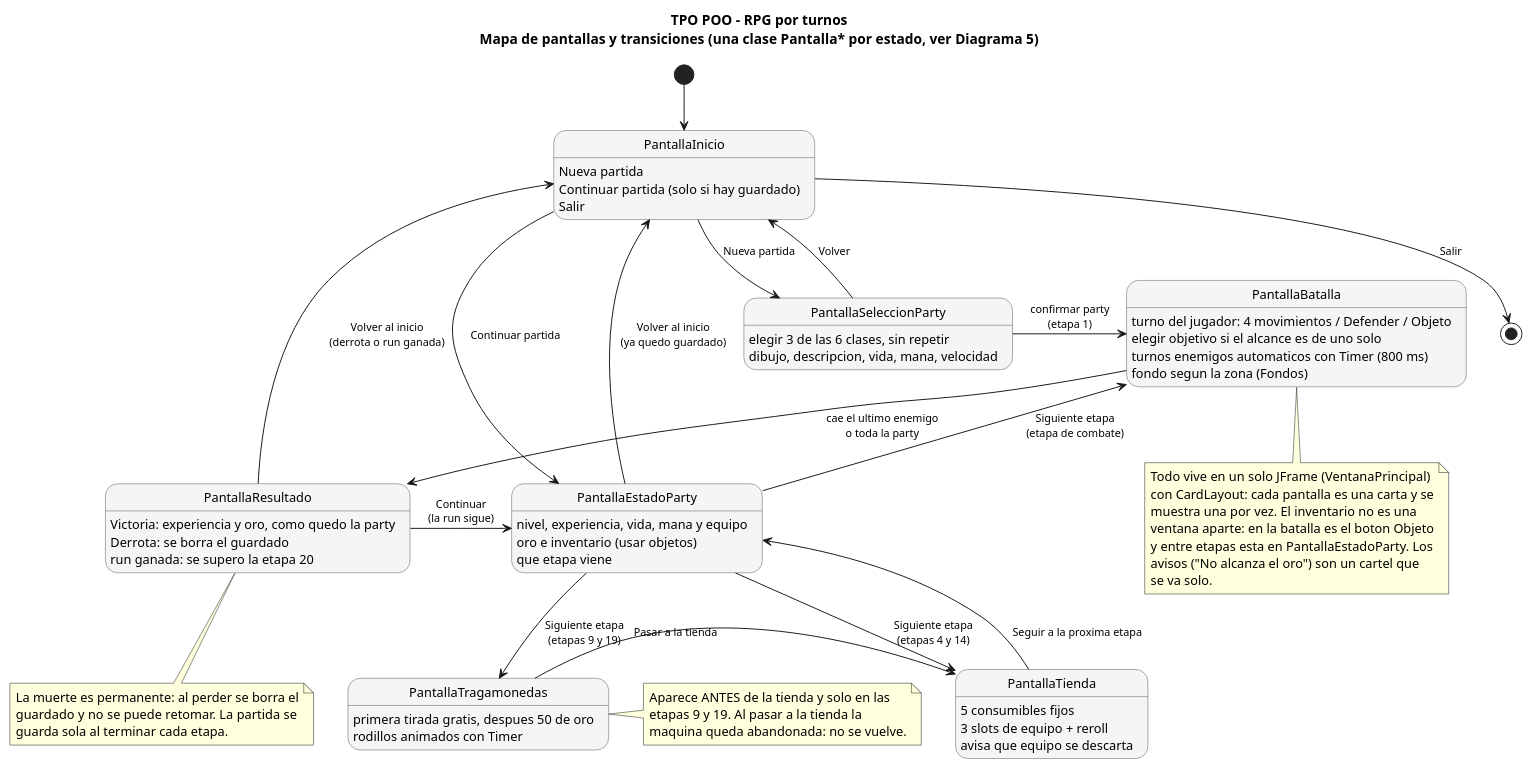
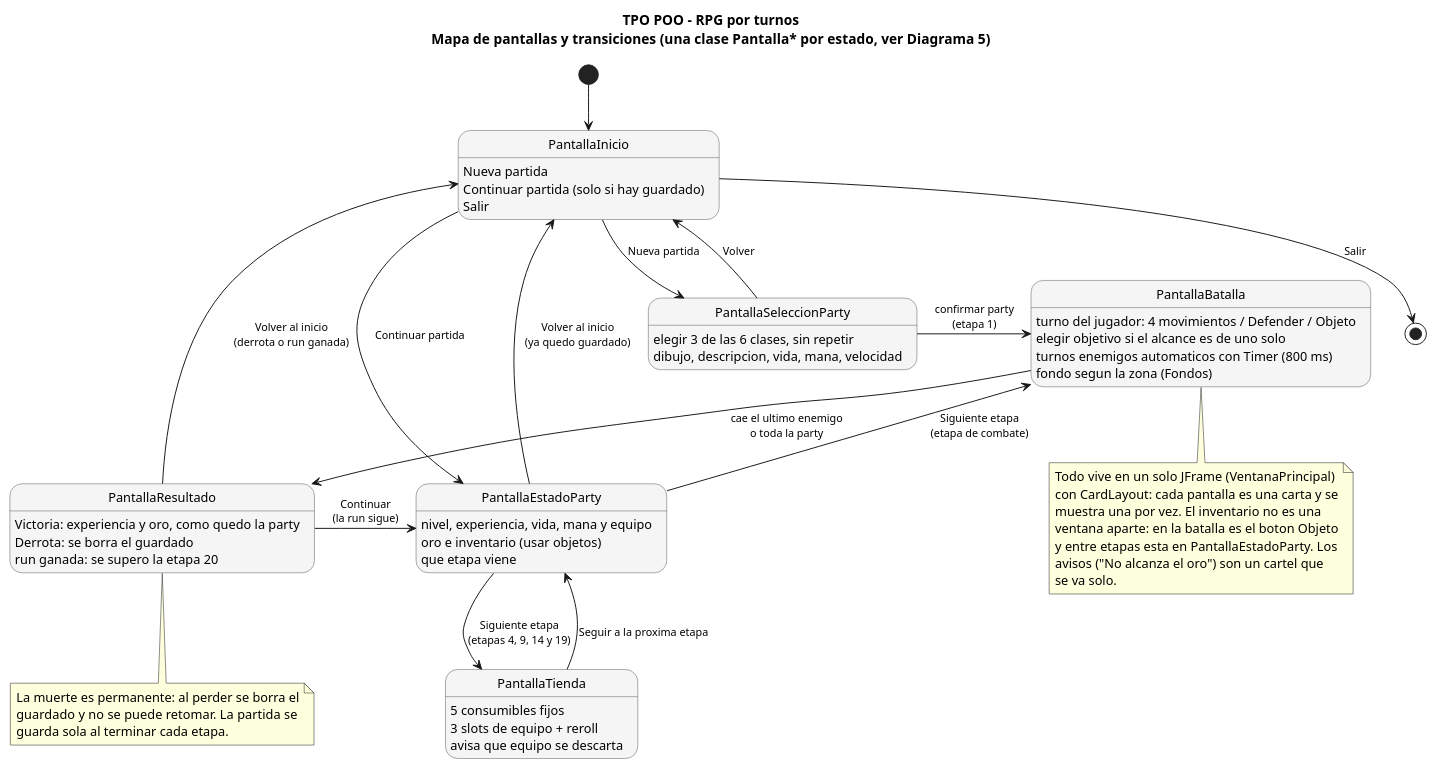
The diagram in diagramas/S3_mapa_de_pantallas.puml (lukitas-jpg/JuegoPOO), drawn with PlantUML before and after one commit. The commit also changed 46 other files, not shown here.

```diff
--- a/diagramas/S3_mapa_de_pantallas.puml
+++ b/diagramas/S3_mapa_de_pantallas.puml
@@ -1,98 +1,85 @@
 @startuml S3_mapa_de_pantallas
 title TPO POO - RPG por turnos\nMapa de pantallas y transiciones (una clase Pantalla* por estado, ver Diagrama 5)
 
 skinparam state {
   BackgroundColor #f5f5f5
   BorderColor #555555
   FontSize 13
 }
 skinparam ArrowFontSize 11
 skinparam nodesep 35
 skinparam ranksep 45
 
 [*] -down-> PantallaInicio
 
 state PantallaInicio {
   PantallaInicio : Nueva partida
   PantallaInicio : Continuar partida (solo si hay guardado)
   PantallaInicio : Salir
 }
 
 state PantallaSeleccionParty {
   PantallaSeleccionParty : elegir 3 de las 6 clases, sin repetir
   PantallaSeleccionParty : dibujo, descripcion, vida, mana, velocidad
 }
 
 state PantallaBatalla {
   PantallaBatalla : turno del jugador: 4 movimientos / Defender / Objeto
   PantallaBatalla : elegir objetivo si el alcance es de uno solo
   PantallaBatalla : turnos enemigos automaticos con Timer (800 ms)
   PantallaBatalla : fondo segun la zona (Fondos)
 }
 
 state PantallaResultado {
   PantallaResultado : Victoria: experiencia y oro, como quedo la party
   PantallaResultado : Derrota: se borra el guardado
   PantallaResultado : run ganada: se supero la etapa 20
 }
 
 state PantallaEstadoParty {
   PantallaEstadoParty : nivel, experiencia, vida, mana y equipo
   PantallaEstadoParty : oro e inventario (usar objetos)
   PantallaEstadoParty : que etapa viene
 }
 
-state PantallaTragamonedas {
-  PantallaTragamonedas : primera tirada gratis, despues 50 de oro
-  PantallaTragamonedas : rodillos animados con Timer
-}
-
 state PantallaTienda {
   PantallaTienda : 5 consumibles fijos
   PantallaTienda : 3 slots de equipo + reroll
   PantallaTienda : avisa que equipo se descarta
 }
 
 PantallaInicio -down-> PantallaSeleccionParty : Nueva partida
 PantallaInicio -right-> PantallaEstadoParty : Continuar partida
 PantallaInicio -down-> [*] : Salir
 
 PantallaSeleccionParty -right-> PantallaBatalla : confirmar party\n(etapa 1)
 PantallaSeleccionParty -up-> PantallaInicio : Volver
 
 PantallaBatalla -down-> PantallaResultado : cae el ultimo enemigo\no toda la party
 
 PantallaResultado -right-> PantallaEstadoParty : Continuar\n(la run sigue)
 PantallaResultado -up-> PantallaInicio : Volver al inicio\n(derrota o run ganada)
 
 PantallaEstadoParty -up-> PantallaBatalla : Siguiente etapa\n(etapa de combate)
-PantallaEstadoParty -down-> PantallaTienda : Siguiente etapa\n(etapas 4 y 14)
-PantallaEstadoParty -down-> PantallaTragamonedas : Siguiente etapa\n(etapas 9 y 19)
+PantallaEstadoParty -down-> PantallaTienda : Siguiente etapa\n(etapas 4, 9, 14 y 19)
 PantallaEstadoParty -up-> PantallaInicio : Volver al inicio\n(ya quedo guardado)
 
-PantallaTragamonedas -right-> PantallaTienda : Pasar a la tienda
 PantallaTienda -up-> PantallaEstadoParty : Seguir a la proxima etapa
-
-note right of PantallaTragamonedas
-  Aparece ANTES de la tienda y solo en las
-  etapas 9 y 19. Al pasar a la tienda la
-  maquina queda abandonada: no se vuelve.
-end note
 
 note bottom of PantallaBatalla
   Todo vive en un solo JFrame (VentanaPrincipal)
   con CardLayout: cada pantalla es una carta y se
   muestra una por vez. El inventario no es una
   ventana aparte: en la batalla es el boton Objeto
   y entre etapas esta en PantallaEstadoParty. Los
   avisos ("No alcanza el oro") son un cartel que
   se va solo.
 end note
 
 note bottom of PantallaResultado
   La muerte es permanente: al perder se borra el
   guardado y no se puede retomar. La partida se
   guarda sola al terminar cada etapa.
 end note
 
 @enduml
```
